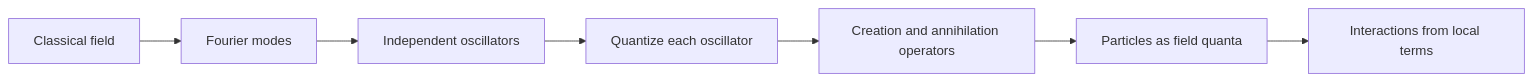
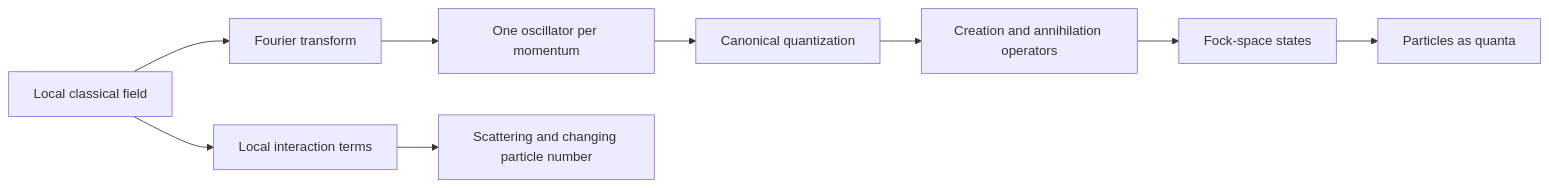
The diagram in docs/physics/quantum-field-theory/motivation-fields-and-quanta.md (justinbrianhwang/SJ-wiki), drawn with Mermaid before and after one commit. The commit also changed other lines of this file and 166 other files, not shown here.

````diff
--- a/docs/physics/quantum-field-theory/motivation-fields-and-quanta.md
+++ b/docs/physics/quantum-field-theory/motivation-fields-and-quanta.md
@@ -106,9 +161,11 @@
 ```mermaid
 flowchart LR
-  A[Classical field] --> B[Fourier modes]
-  B --> C[Independent oscillators]
-  C --> D[Quantize each oscillator]
-  D --> E[Creation and annihilation operators]
-  E --> F[Particles as field quanta]
-  F --> G[Interactions from local terms]
+  A["Local classical field"] --> B["Fourier transform"]
+  B --> C["One oscillator per momentum"]
+  C --> D["Canonical quantization"]
+  D --> E["Creation and annihilation operators"]
+  E --> F["Fock-space states"]
+  F --> G["Particles as quanta"]
+  A --> H["Local interaction terms"]
+  H --> I["Scattering and changing particle number"]
 ```
````
